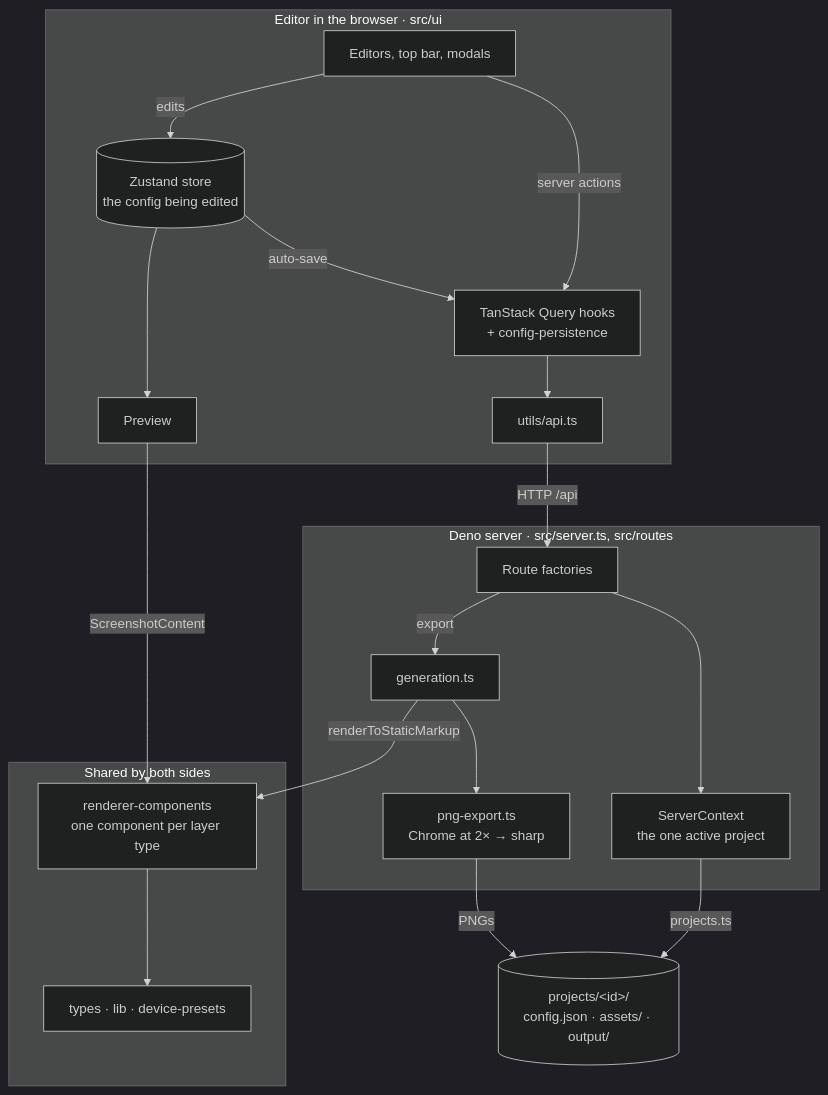
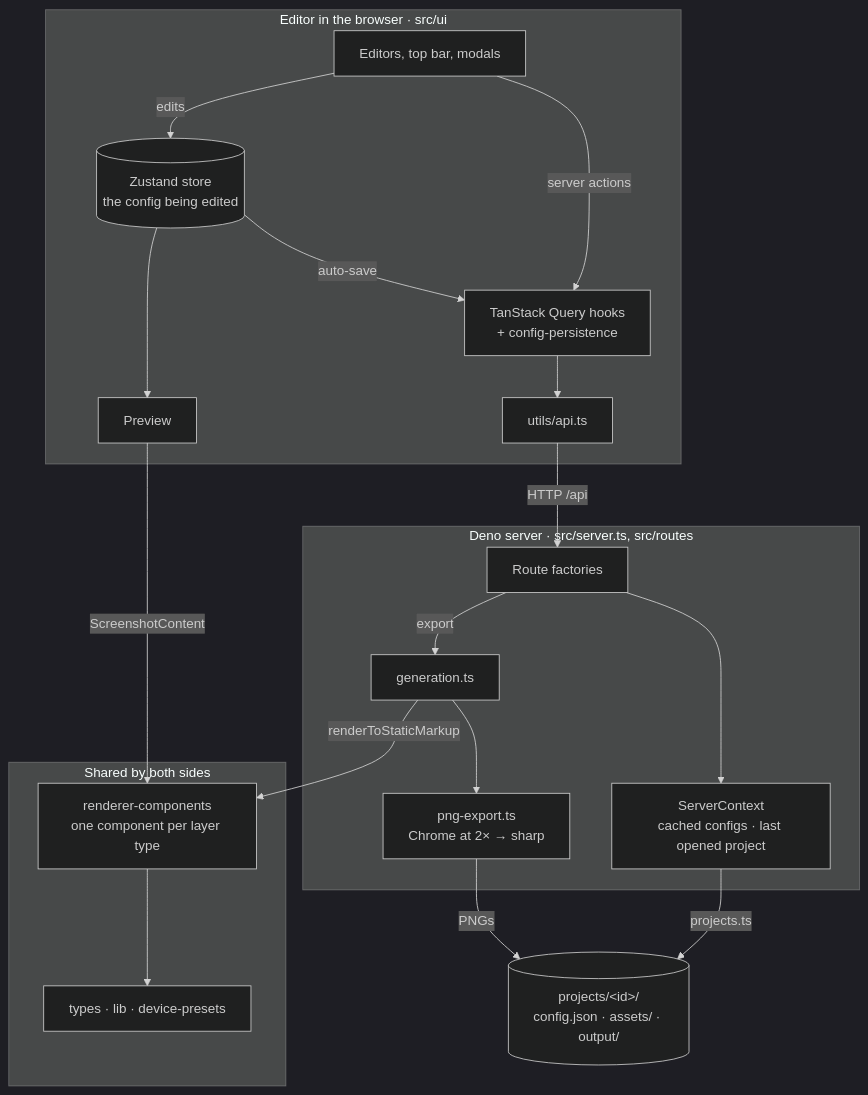
Before and after one commit to HarmenSchouten/appstore-screenshot-generator: the first of 2 diagrams in docs/ARCHITECTURE.md, drawn with Mermaid (dark theme). The commit also changed other lines of this file and 47 other files, not shown here.

````diff
--- a/docs/ARCHITECTURE.md
+++ b/docs/ARCHITECTURE.md
@@ -20,39 +20,39 @@
 ```mermaid
 flowchart TB
   subgraph ui["Editor in the browser · src/ui"]
     editors["Editors, top bar, modals"]
     store[("Zustand store<br/>the config being edited")]
     hooks["TanStack Query hooks<br/>+ config-persistence"]
     api["utils/api.ts"]
     preview["Preview"]
   end
 
   subgraph shared["Shared by both sides"]
     renderer["renderer-components<br/>one component per layer type"]
     base["types · lib · device-presets"]
   end
 
   subgraph server["Deno server · src/server.ts, src/routes"]
     routes["Route factories"]
-    ctx["ServerContext<br/>the one active project"]
+    ctx["ServerContext<br/>cached configs · last opened project"]
     generation["generation.ts"]
     png["png-export.ts<br/>Chrome at 2× → sharp"]
   end
 
   disk[("projects/&lt;id&gt;/<br/>config.json · assets/ · output/")]
 
   editors -- "edits" --> store
   editors -- "server actions" --> hooks
   store -- "auto-save" --> hooks
   hooks --> api
   store --> preview
   preview -- "ScreenshotContent" --> renderer
   renderer --> base
   api -- "HTTP /api" --> routes
   routes --> ctx
   routes -- "export" --> generation
   generation -- "renderToStaticMarkup" --> renderer
   generation --> png
   ctx -- "projects.ts" --> disk
   png -- "PNGs" --> disk
 ```
````
